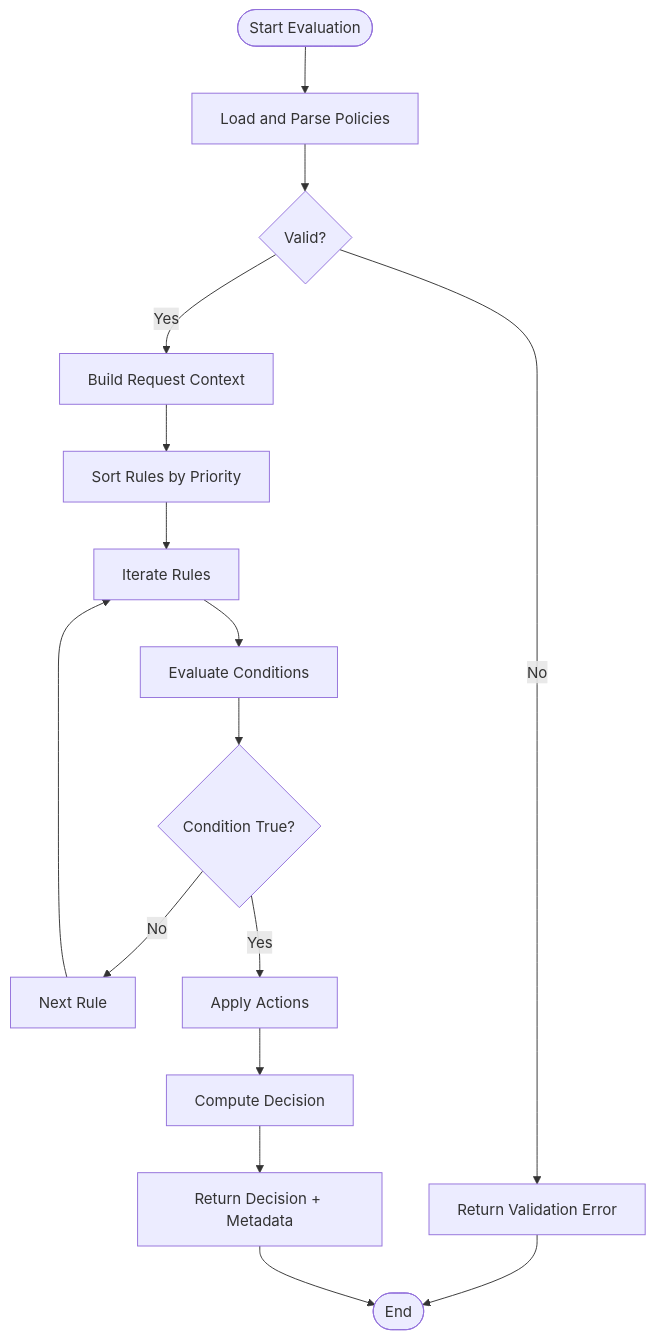
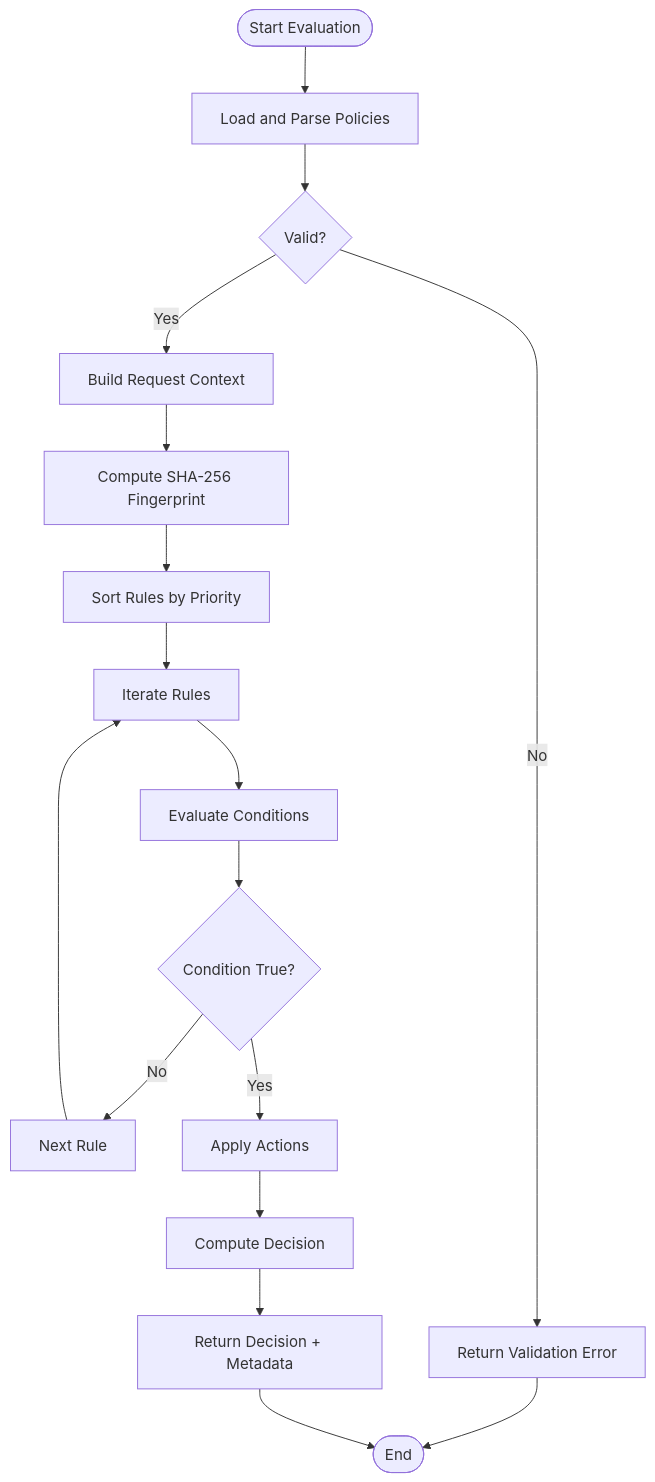
The fourth of 5 diagrams in .qoder/repowiki/en/content/Policy Management/Policy Definition Language.md (metasync/luban-aiops), drawn with Mermaid before and after one commit. The commit also changed other lines of this file and 35 other files, not shown here.

````diff
--- a/.qoder/repowiki/en/content/Policy Management/Policy Definition Language.md
+++ b/.qoder/repowiki/en/content/Policy Management/Policy Definition Language.md
@@ -212,18 +311,19 @@
 ```mermaid
 flowchart TD
 Start(["Start Evaluation"]) --> Load["Load and Parse Policies"]
 Load --> Validate{"Valid?"}
 Validate --> |No| Error["Return Validation Error"]
 Validate --> |Yes| BuildCtx["Build Request Context"]
-BuildCtx --> SortRules["Sort Rules by Priority"]
+BuildCtx --> ComputeHash["Compute SHA-256 Fingerprint"]
+ComputeHash --> SortRules["Sort Rules by Priority"]
 SortRules --> Iterate["Iterate Rules"]
 Iterate --> EvalCond["Evaluate Conditions"]
 EvalCond --> CondResult{"Condition True?"}
 CondResult --> |No| NextRule["Next Rule"]
 CondResult --> |Yes| ApplyAct["Apply Actions"]
 ApplyAct --> Decide["Compute Decision"]
 Decide --> Return["Return Decision + Metadata"]
 NextRule --> Iterate
 Error --> End(["End"])
 Return --> End
 ```
````
